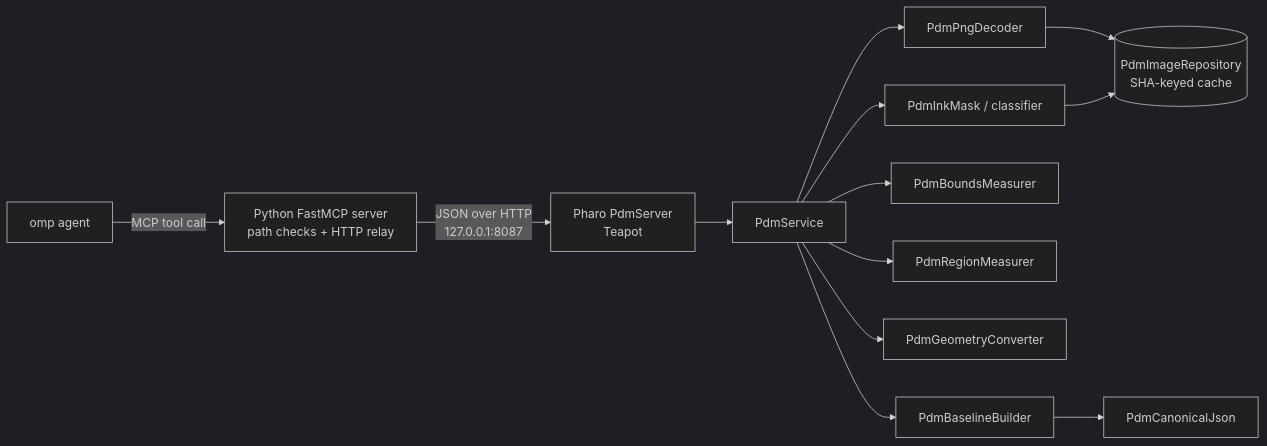
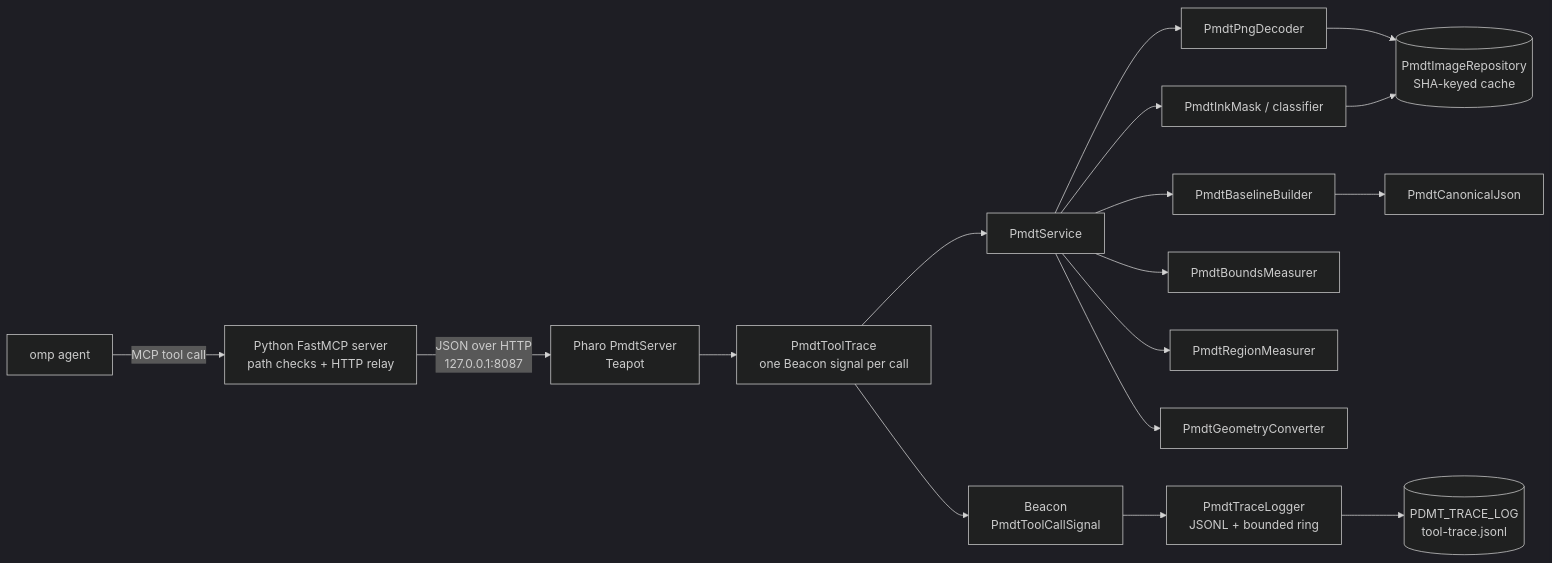
One commit to GCCc3/ctikz-agent-loop-template changed the diagram in workflow/png_diagram_measurement_tool_implementation_plan.md. Above: the diagram before and after it, drawn with Mermaid (dark theme). The commit also changed other lines of this file, not shown here.

Commit message:
Improvements to the png measurement implementation plan

````diff
--- a/workflow/png_diagram_measurement_tool_implementation_plan.md
+++ b/workflow/png_diagram_measurement_tool_implementation_plan.md
@@ -36,15 +38,19 @@
 ```mermaid
 flowchart LR
     A[omp agent] -->|MCP tool call| B[Python FastMCP server<br/>path checks + HTTP relay]
-    B -->|JSON over HTTP<br/>127.0.0.1:8087| C[Pharo PdmServer<br/>Teapot]
-    C --> D[PdmService]
-    D --> E[PdmPngDecoder]
-    D --> F[PdmInkMask / classifier]
-    D --> G[PdmBoundsMeasurer]
-    D --> H[PdmRegionMeasurer]
-    D --> I[PdmGeometryConverter]
-    D --> J[PdmBaselineBuilder]
-    E --> K[(PdmImageRepository<br/>SHA-keyed cache)]
+    B -->|JSON over HTTP<br/>127.0.0.1:8087| C[Pharo PmdtServer<br/>Teapot]
+    C --> T[PmdtToolTrace<br/>one Beacon signal per call]
+    T --> D[PmdtService]
+    T --> U[Beacon<br/>PmdtToolCallSignal]
+    U --> V[PmdtTraceLogger<br/>JSONL + bounded ring]
+    V --> W[(PDMT_TRACE_LOG<br/>tool-trace.jsonl)]
+    D --> E[PmdtPngDecoder]
+    D --> F[PmdtInkMask / classifier]
+    D --> G[PmdtBoundsMeasurer]
+    D --> H[PmdtRegionMeasurer]
+    D --> I[PmdtGeometryConverter]
+    D --> J[PmdtBaselineBuilder]
+    E --> K[(PmdtImageRepository<br/>SHA-keyed cache)]
     F --> K
-    J --> L[PdmCanonicalJson]
+    J --> L[PmdtCanonicalJson]
 ```
````
